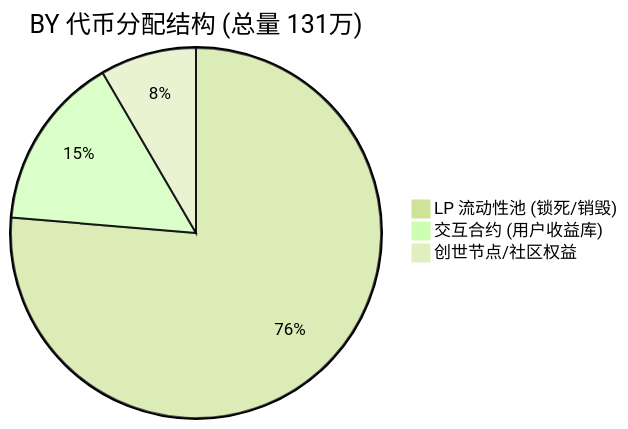
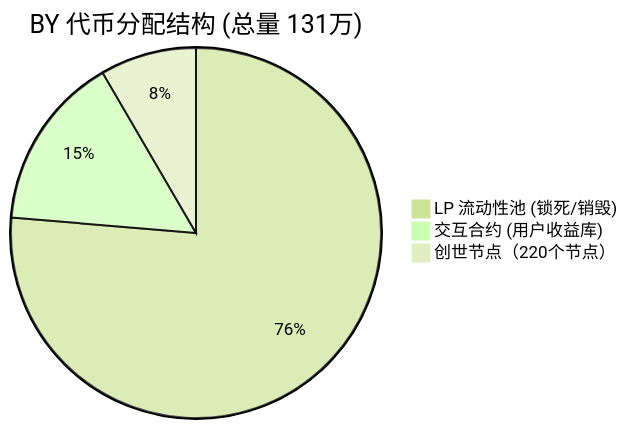
Before and after one commit to ChowKwanhwa/biying: the fifth of 6 diagrams in 必赢项目全解析（演示文稿版）.md, drawn with Mermaid (forest theme). The commit also changed other lines of this file and 10 other files, not shown here.

````diff
--- a/必赢项目全解析（演示文稿版）.md
+++ b/必赢项目全解析（演示文稿版）.md
@@ -167,6 +181,6 @@
 ```mermaid
 pie title BY 代币分配结构 (总量 131万)
     "LP 流动性池 (锁死/销毁)" : 100
     "交互合约 (用户收益库)" : 20
-    "创世节点/社区权益" : 11
+    "创世节点（220个节点）" : 11
 ```
````
